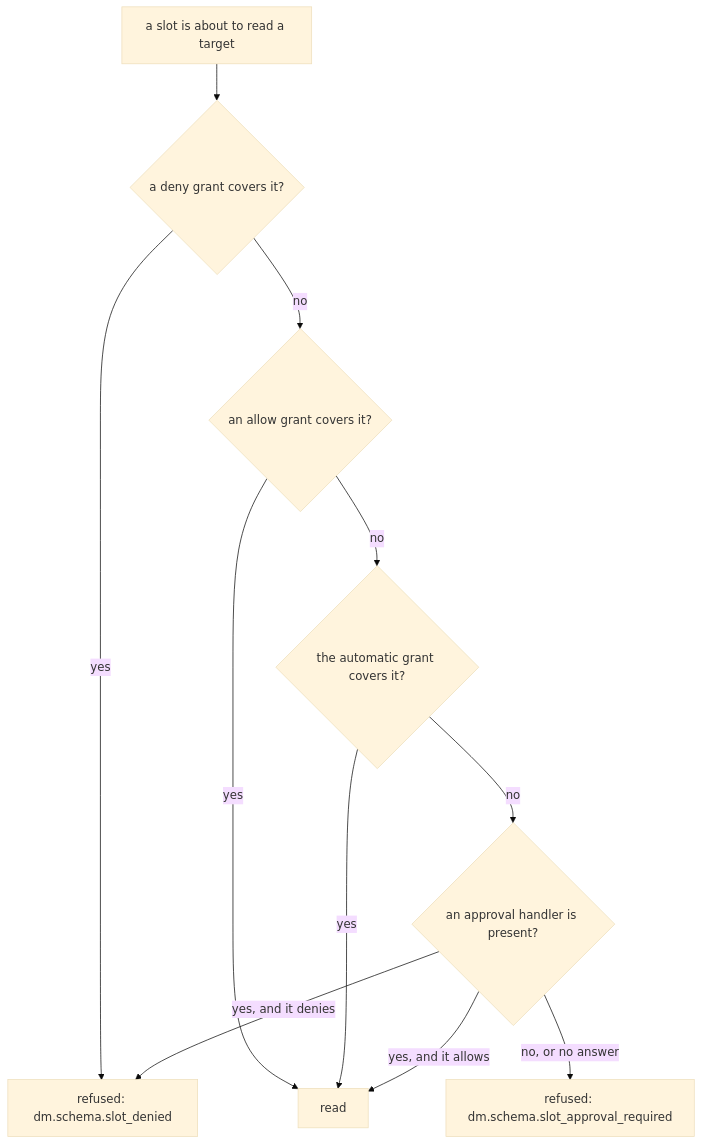
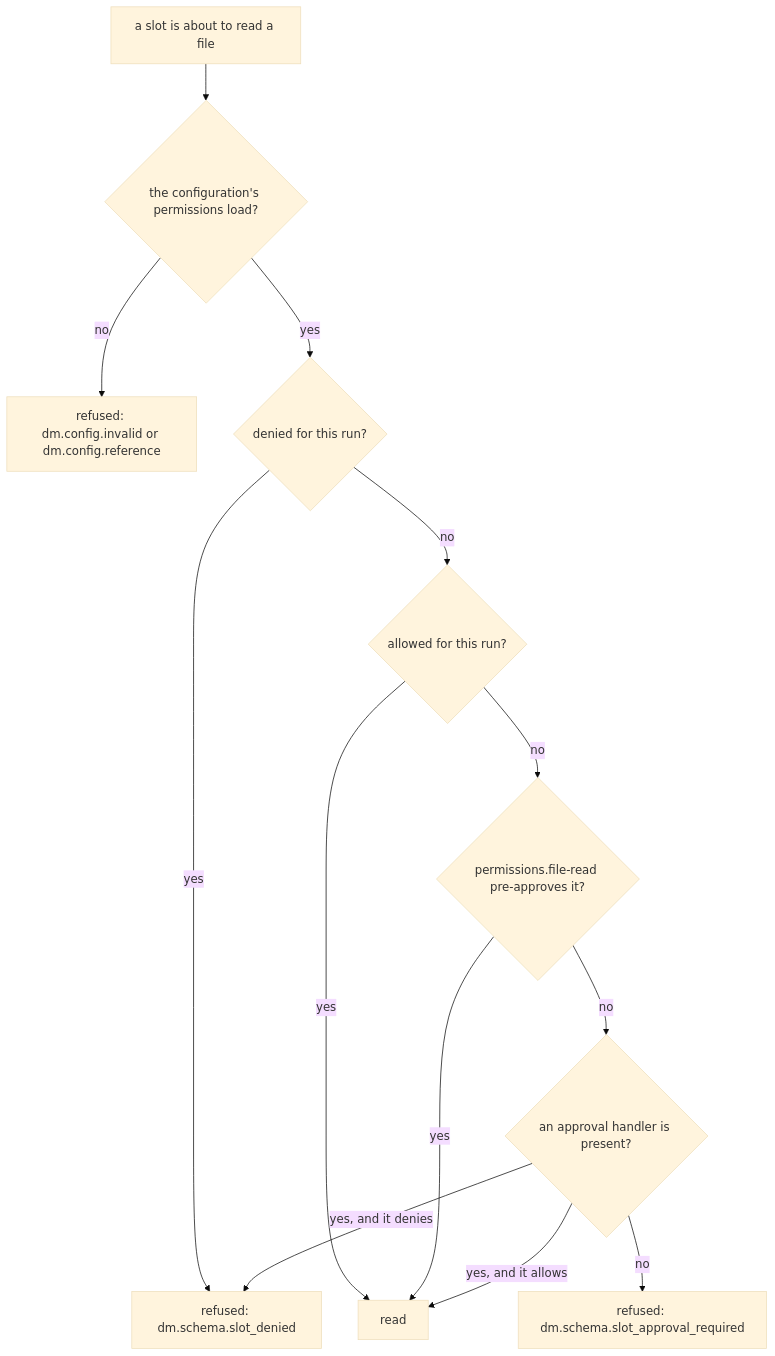
The second of 4 diagrams in darkmatter/docs/topics/schemas/schema-slots.md (yankeeinlondon/rusty-biscuit), drawn with Mermaid (base theme) before and after one commit. The commit also changed other lines of this file and 285 other files, not shown here.

````diff
--- a/darkmatter/docs/topics/schemas/schema-slots.md
+++ b/darkmatter/docs/topics/schemas/schema-slots.md
@@ -310,13 +327,15 @@
 ```mermaid
 flowchart TD
-    R[a slot is about to read a target] --> D{a deny grant covers it?}
+    R[a slot is about to read a file] --> P{the configuration's permissions load?}
+    P -- no --> E["refused: dm.config.invalid or dm.config.reference"]
+    P -- yes --> D{denied for this run?}
     D -- yes --> X[refused: dm.schema.slot_denied]
-    D -- no --> A{an allow grant covers it?}
+    D -- no --> A{allowed for this run?}
     A -- yes --> OK[read]
-    A -- no --> AU{the automatic grant covers it?}
-    AU -- yes --> OK
-    AU -- no --> H{an approval handler is present?}
+    A -- no --> F{permissions.file-read pre-approves it?}
+    F -- yes --> OK
+    F -- no --> H{an approval handler is present?}
     H -- "yes, and it allows" --> OK
     H -- "yes, and it denies" --> X
-    H -- "no, or no answer" --> N[refused: dm.schema.slot_approval_required]
+    H -- no --> N[refused: dm.schema.slot_approval_required]
 ```
````
